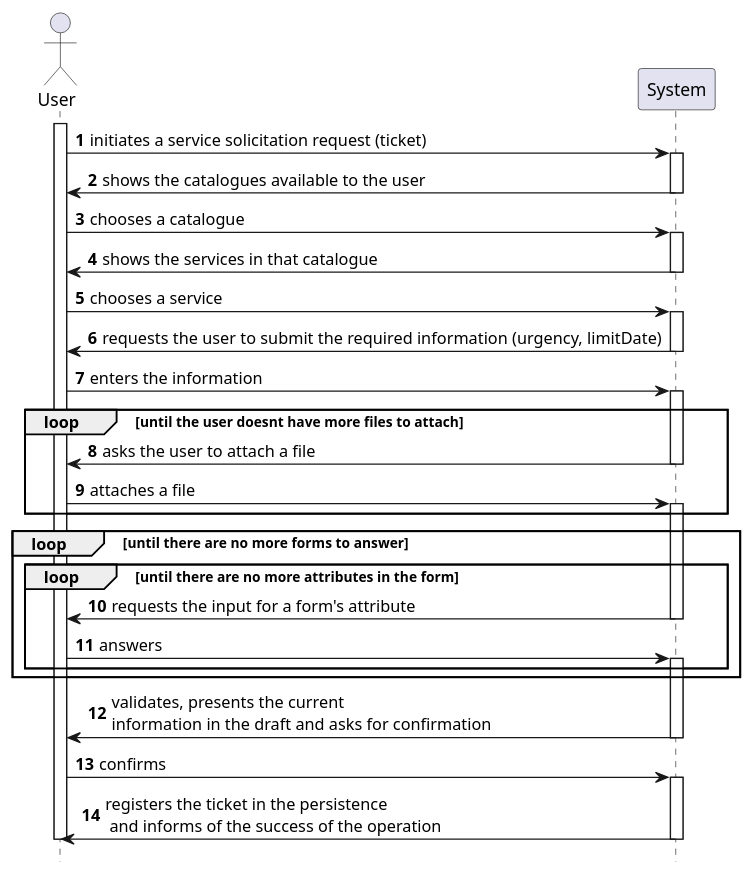
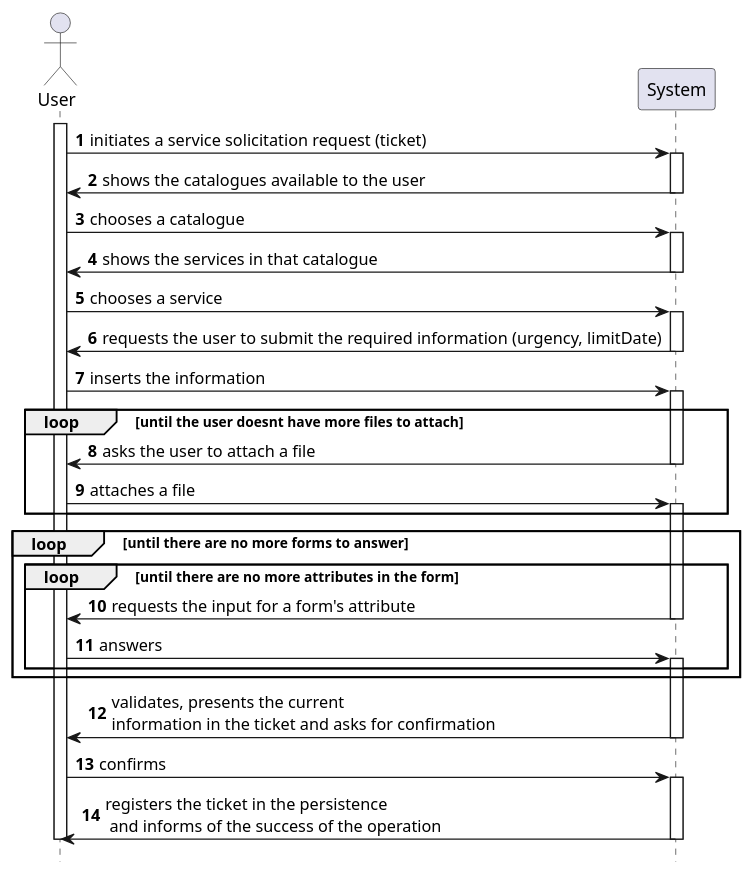
One commit to tiagoavcosta25/LAPR4 changed the diagram in doc/engenharia/SprintC/1190967/US-2-3002_ServiceSolicitation/US-2-3002_SSD.puml. Above: the diagram before and after it, drawn with PlantUML. The commit also changed 1 other file, not shown here.

```diff
--- a/doc/engenharia/SprintC/1190967/US-2-3002_ServiceSolicitation/US-2-3002_SSD.puml
+++ b/doc/engenharia/SprintC/1190967/US-2-3002_ServiceSolicitation/US-2-3002_SSD.puml
@@ -1,59 +1,59 @@
 @startuml
 autonumber
 hide footbox
 
 actor "User" as US
 participant "System" as SYST
 
 activate US
 
 US -> SYST : initiates a service solicitation request (ticket)
 activate SYST
 
 SYST -> US : shows the catalogues available to the user
 deactivate SYST
 
 US -> SYST : chooses a catalogue
 activate SYST
 
 SYST -> US : shows the services in that catalogue
 deactivate SYST
 
 US -> SYST : chooses a service
 activate SYST
 
 SYST -> US : requests the user to submit the required information (urgency, limitDate)
 deactivate SYST
 
-US -> SYST : enters the information
+US -> SYST : inserts the information
 activate SYST
 
 loop until the user doesnt have more files to attach
 SYST -> US : asks the user to attach a file
 deactivate SYST
 
 US -> SYST : attaches a file
 activate SYST
 end
 
 loop until there are no more forms to answer
 loop until there are no more attributes in the form
 SYST -> US : requests the input for a form's attribute
 deactivate SYST
 
 US -> SYST : answers
 activate SYST
 end
 end
 
-SYST -> US : validates, presents the current \ninformation in the draft and asks for confirmation
+SYST -> US : validates, presents the current \ninformation in the ticket and asks for confirmation
 deactivate SYST
 
 US -> SYST : confirms
 activate SYST
 
 SYST -> US : registers the ticket in the persistence\n and informs of the success of the operation
 deactivate SYST
 deactivate US
 
 @enduml
```
